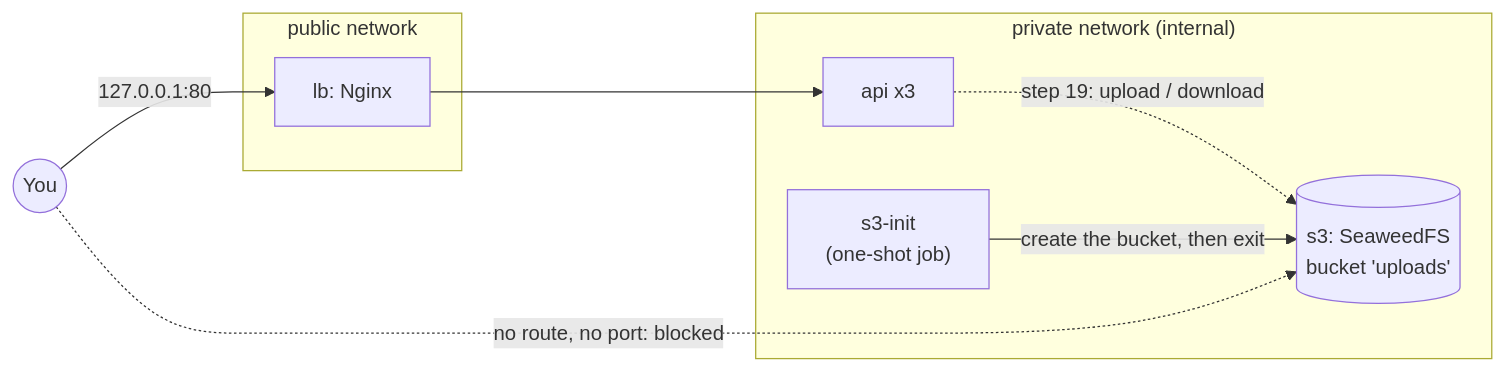
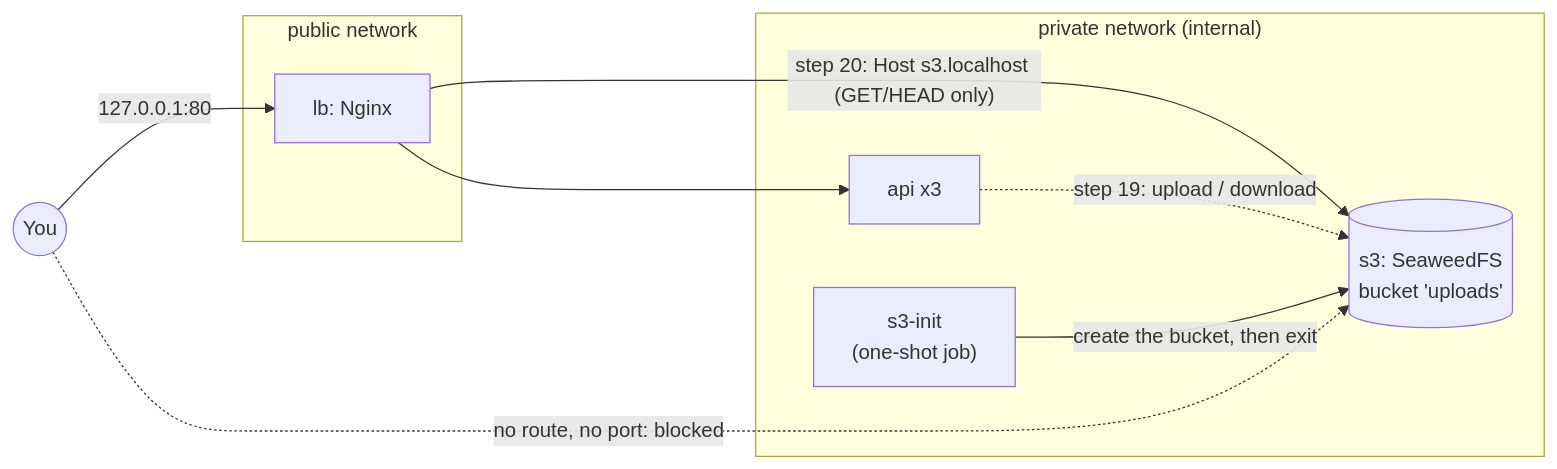
One commit to moncef2k/aws-local-lab changed the first of 2 diagrams in docs/labs/06-object-storage.md. Above: the diagram before and after it, drawn with Mermaid. The commit also changed other lines of this file and 1 other file, not shown here.

Commit message:
AWSLAB-38 docs: lab 06 step 20 - public S3 endpoint via the load balancer

````diff
--- a/docs/labs/06-object-storage.md
+++ b/docs/labs/06-object-storage.md
@@ -57,16 +57,17 @@
 ```mermaid
 flowchart LR
   you((You)) -->|127.0.0.1:80| lb
   subgraph public["public network"]
     lb["lb: Nginx"]
   end
   subgraph private["private network (internal)"]
     api["api x3"]
     s3[("s3: SeaweedFS<br/>bucket 'uploads'")]
     init["s3-init<br/>(one-shot job)"]
   end
   lb --> api
+  lb -->|"step 20: Host s3.localhost (GET/HEAD only)"| s3
   api -. "step 19: upload / download" .-> s3
   init -->|"create the bucket, then exit"| s3
   you -. "no route, no port: blocked" .-> s3
 ```
````
